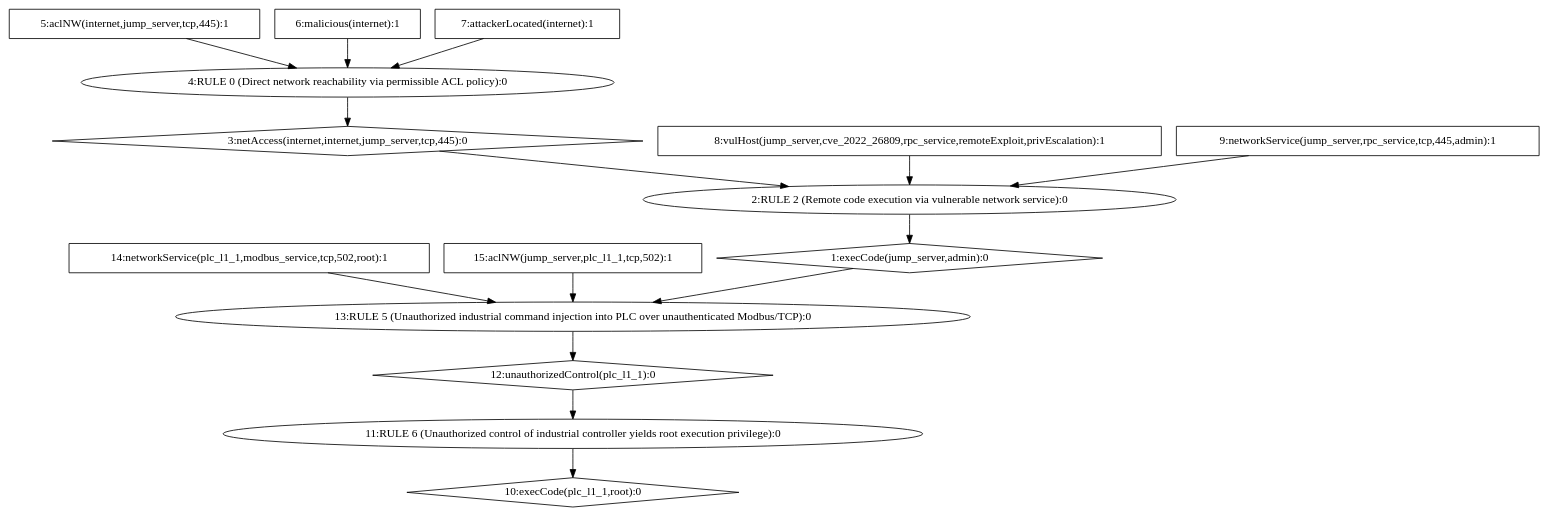
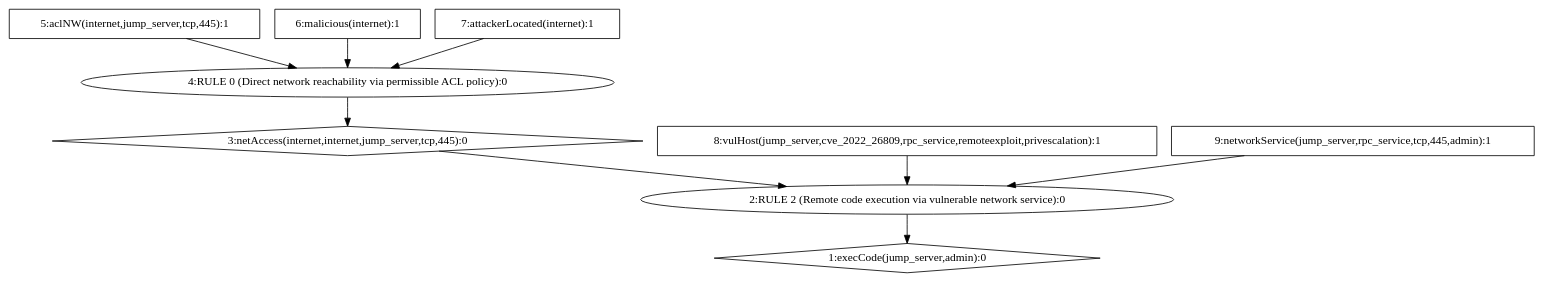
The diagram in ot_pipeline/results/dot/AttackGraph_01_DMZ_Ingress.dot (kacurrelsja/MULVAL), drawn with Graphviz before and after one commit. The commit also changed 52 other files, not shown here.

```diff
--- a/ot_pipeline/results/dot/AttackGraph_01_DMZ_Ingress.dot
+++ b/ot_pipeline/results/dot/AttackGraph_01_DMZ_Ingress.dot
@@ -1,31 +1,19 @@
 digraph G {
 	1 [label="1:execCode(jump_server,admin):0",shape=diamond];
 	2 [label="2:RULE 2 (Remote code execution via vulnerable network service):0",shape=ellipse];
 	3 [label="3:netAccess(internet,internet,jump_server,tcp,445):0",shape=diamond];
 	4 [label="4:RULE 0 (Direct network reachability via permissible ACL policy):0",shape=ellipse];
 	5 [label="5:aclNW(internet,jump_server,tcp,445):1",shape=box];
 	6 [label="6:malicious(internet):1",shape=box];
 	7 [label="7:attackerLocated(internet):1",shape=box];
-	8 [label="8:vulHost(jump_server,cve_2022_26809,rpc_service,remoteExploit,privEscalation):1",shape=box];
+	8 [label="8:vulHost(jump_server,cve_2022_26809,rpc_service,remoteexploit,privescalation):1",shape=box];
 	9 [label="9:networkService(jump_server,rpc_service,tcp,445,admin):1",shape=box];
-	10 [label="10:execCode(plc_l1_1,root):0",shape=diamond];
-	11 [label="11:RULE 6 (Unauthorized control of industrial controller yields root execution privilege):0",shape=ellipse];
-	12 [label="12:unauthorizedControl(plc_l1_1):0",shape=diamond];
-	13 [label="13:RULE 5 (Unauthorized industrial command injection into PLC over unauthenticated Modbus/TCP):0",shape=ellipse];
-	14 [label="14:networkService(plc_l1_1,modbus_service,tcp,502,root):1",shape=box];
-	15 [label="15:aclNW(jump_server,plc_l1_1,tcp,502):1",shape=box];
 	5 -> 	4;
 	6 -> 	4;
 	7 -> 	4;
 	4 -> 	3;
 	3 -> 	2;
 	8 -> 	2;
 	9 -> 	2;
 	2 -> 	1;
-	14 -> 	13;
-	15 -> 	13;
-	1 -> 	13;
-	13 -> 	12;
-	12 -> 	11;
-	11 -> 	10;
 }
```
